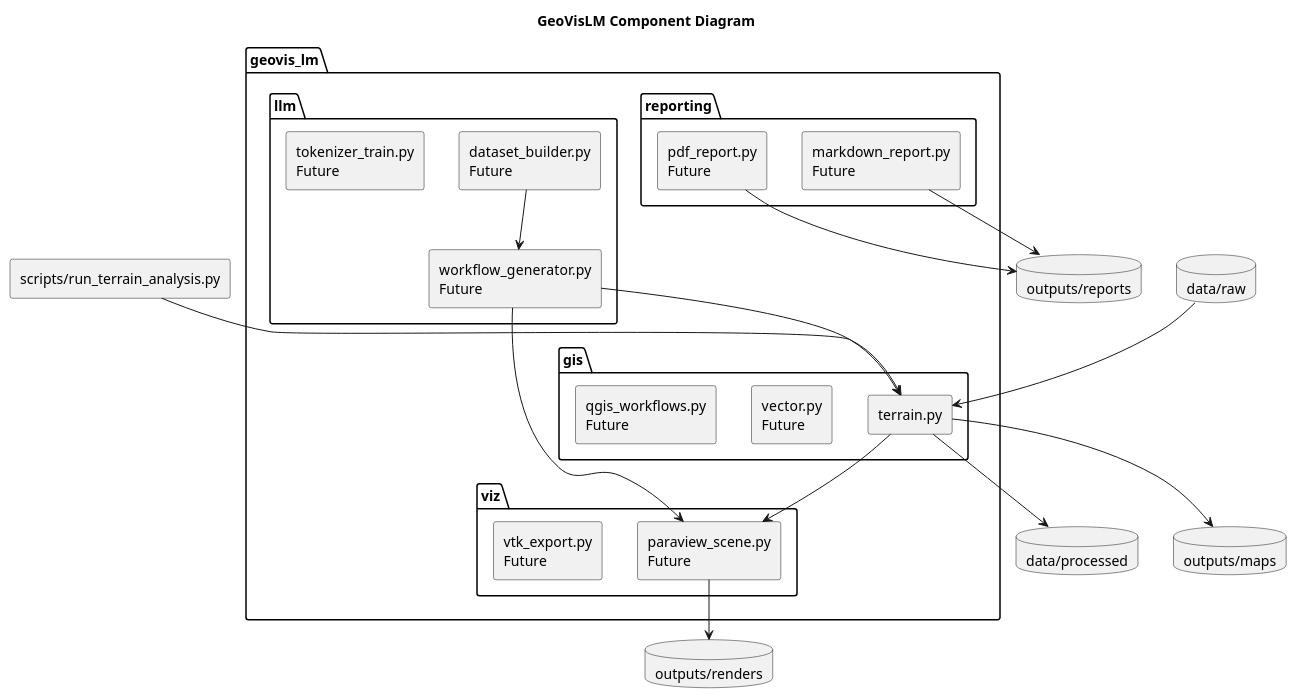
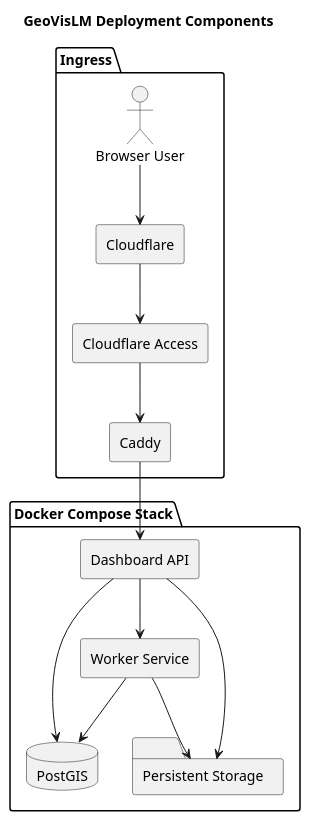
The diagram in docs/diagrams/plantuml/component_diagram.puml (Ryner88/GeoVisLM), drawn with PlantUML before and after one commit. The commit also changed 6 other files, not shown here.

Commit message:
Update diagrams and staging verification docs

```diff
--- a/docs/diagrams/plantuml/component_diagram.puml
+++ b/docs/diagrams/plantuml/component_diagram.puml
@@ -1,53 +1,31 @@
 @startuml
-title GeoVisLM Component Diagram
+title GeoVisLM Deployment Components
 
 skinparam componentStyle rectangle
 skinparam shadowing false
 
-package "geovis_lm" {
-  package "gis" {
-    component "terrain.py" as Terrain
-    component "vector.py\nFuture" as Vector
-    component "qgis_workflows.py\nFuture" as QGISWorkflows
-  }
-
-  package "viz" {
-    component "paraview_scene.py\nFuture" as ParaScene
-    component "vtk_export.py\nFuture" as VTKExport
-  }
-
-  package "llm" {
-    component "dataset_builder.py\nFuture" as DatasetBuilder
-    component "tokenizer_train.py\nFuture" as TokenizerTrain
-    component "workflow_generator.py\nFuture" as WorkflowGenerator
-  }
-
-  package "reporting" {
-    component "markdown_report.py\nFuture" as MarkdownReport
-    component "pdf_report.py\nFuture" as PDFReport
-  }
+package "Ingress" {
+  actor "Browser User" as User
+  component "Cloudflare" as Cloudflare
+  component "Cloudflare Access" as Access
+  component "Caddy" as Caddy
 }
 
-component "scripts/run_terrain_analysis.py" as TerrainCLI
-database "data/raw" as RawData
-database "data/processed" as ProcessedData
-database "outputs/maps" as MapOutputs
-database "outputs/renders" as RenderOutputs
-database "outputs/reports" as ReportOutputs
+package "Docker Compose Stack" {
+  component "Dashboard API" as Dashboard
+  component "Worker Service" as Worker
+  database "PostGIS" as Database
+  folder "Persistent Storage" as Storage
+}
 
-TerrainCLI --> Terrain
-RawData --> Terrain
-Terrain --> ProcessedData
-Terrain --> MapOutputs
-
-Terrain --> ParaScene
-ParaScene --> RenderOutputs
-
-WorkflowGenerator --> Terrain
-WorkflowGenerator --> ParaScene
-DatasetBuilder --> WorkflowGenerator
-
-MarkdownReport --> ReportOutputs
-PDFReport --> ReportOutputs
+User --> Cloudflare
+Cloudflare --> Access
+Access --> Caddy
+Caddy --> Dashboard
+Dashboard --> Worker
+Dashboard --> Database
+Worker --> Database
+Dashboard --> Storage
+Worker --> Storage
 
 @enduml
```
